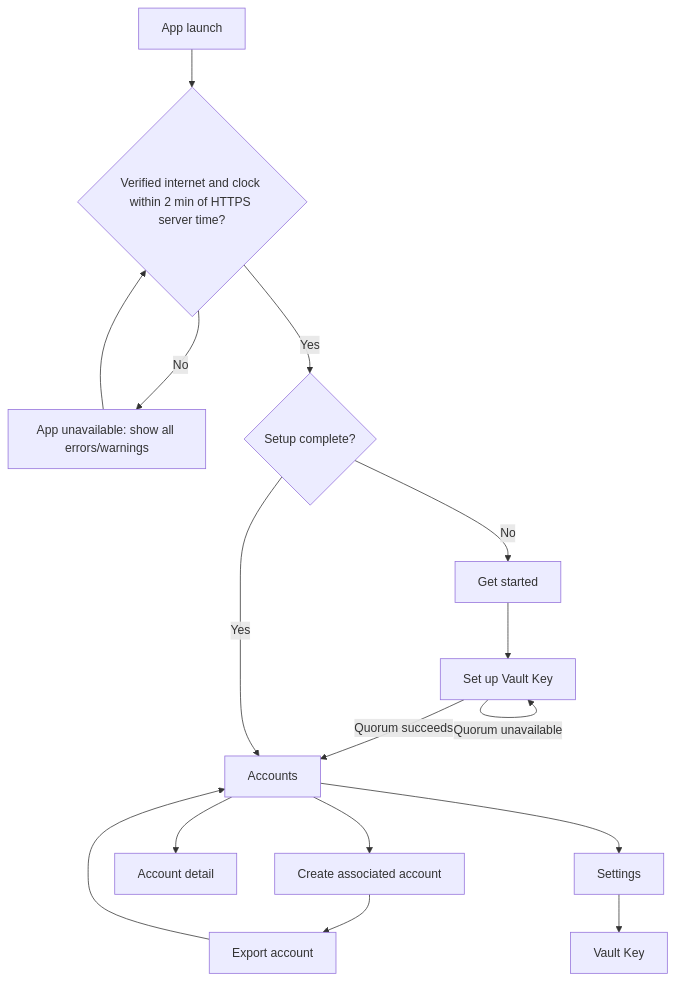
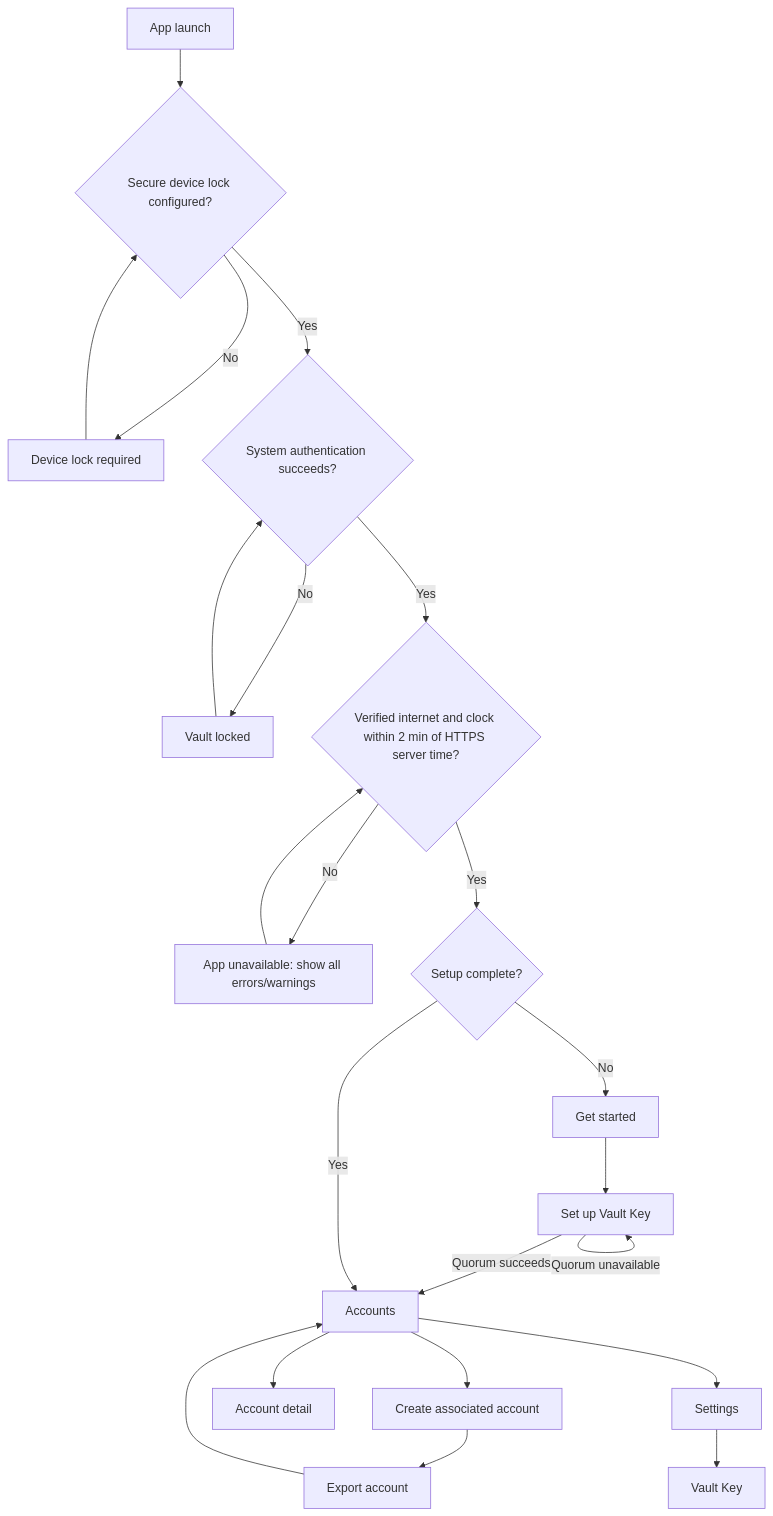
One commit to ZenTenApp/vault-kotlin changed the diagram in docs/stakeholder/screens-and-states.md. Above: the diagram before and after it, drawn with Mermaid. The commit also changed other lines of this file and 19 other files, not shown here.

Commit message:
feat(auth): require device authentication and protect screenshots

````diff
--- a/docs/stakeholder/screens-and-states.md
+++ b/docs/stakeholder/screens-and-states.md
@@ -31,18 +39,24 @@
 ```mermaid
 flowchart TD
-    R[App launch] --> P{Verified internet and clock within 2 min of HTTPS server time?}
+    R[App launch] --> DL{Secure device lock configured?}
+    DL -- No --> LR[Device lock required]
+    LR --> DL
+    DL -- Yes --> AU{System authentication succeeds?}
+    AU -- No --> L[Vault locked]
+    L --> AU
+    AU -- Yes --> P{Verified internet and clock within 2 min of HTTPS server time?}
     P -- No --> U[App unavailable: show all errors/warnings]
     U --> P
     P -- Yes --> S{Setup complete?}
     S -- No --> G[Get started]
     G --> M[Set up Vault Key]
     M -- Quorum succeeds --> A[Accounts]
     M -- Quorum unavailable --> M
     S -- Yes --> A
     A --> N[Create associated account]
     N --> EX[Export account]
     EX --> A
     A --> D[Account detail]
     A --> ST[Settings]
     ST --> MA[Vault Key]
 ```
````
